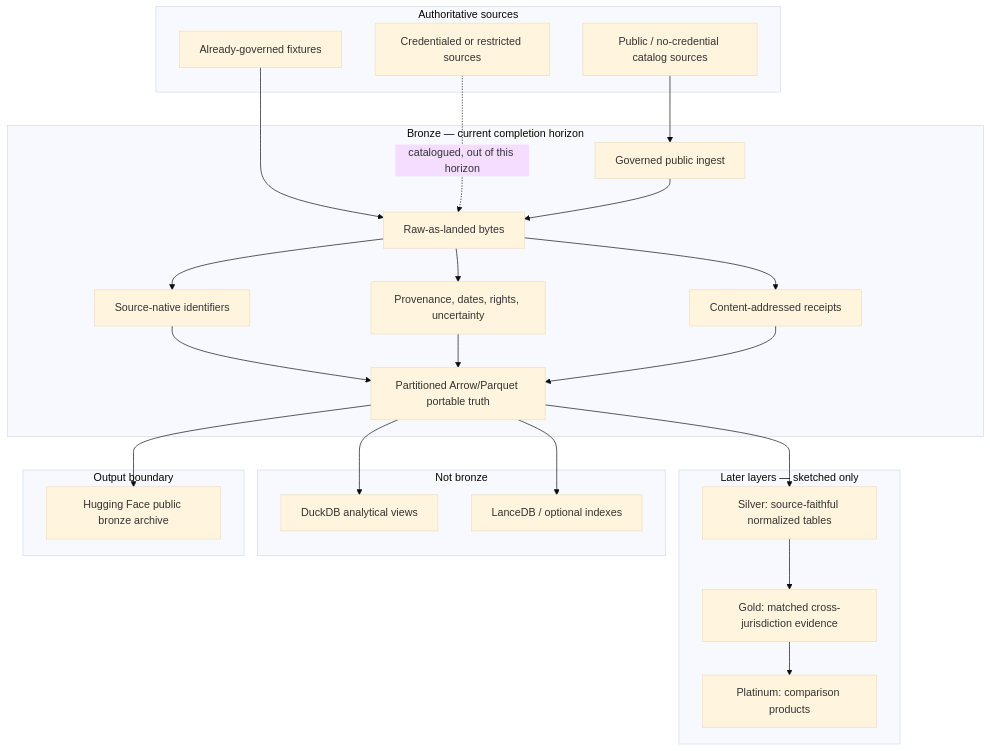
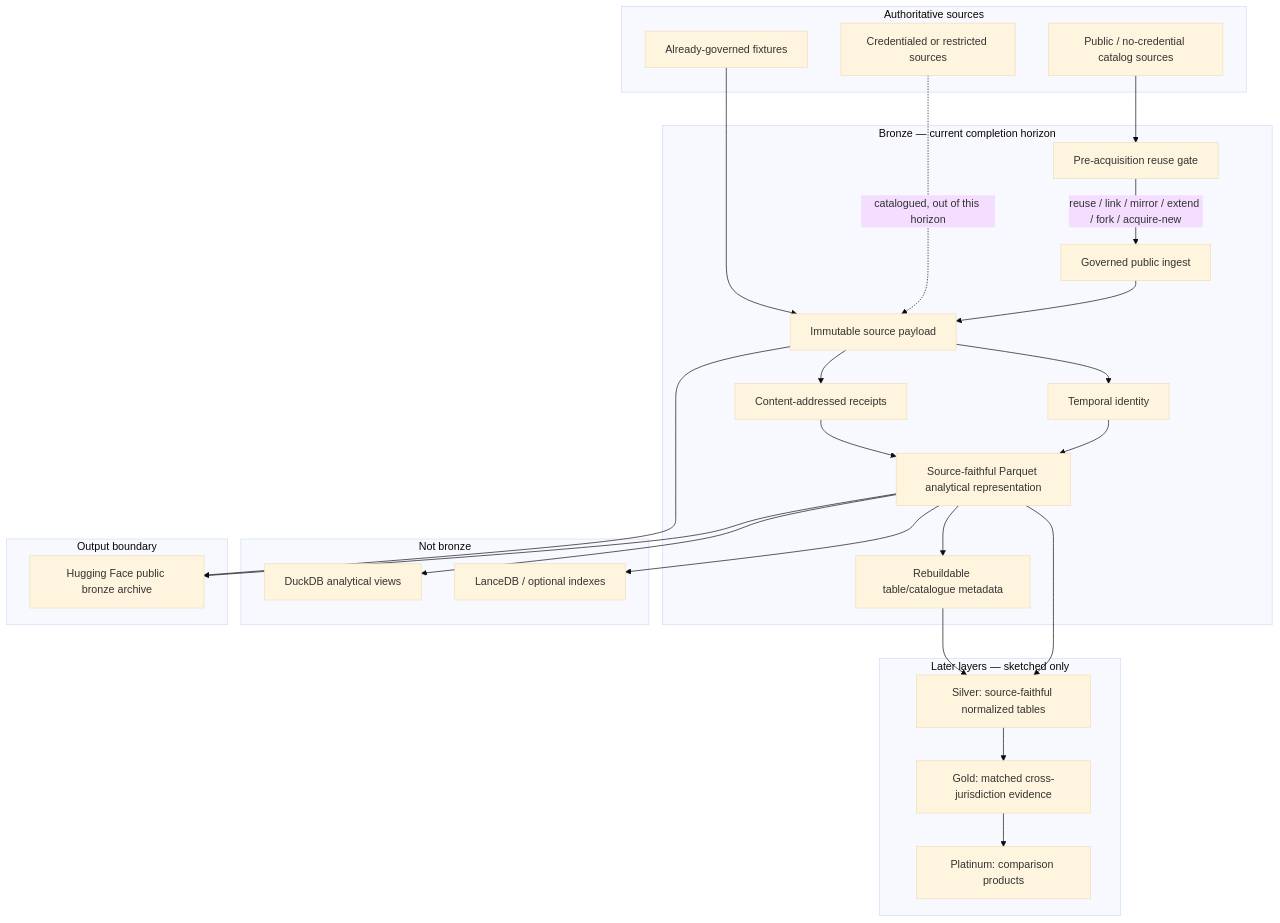
Before and after one commit to edithatogo/global-medicines-atlas: diagram 15 of 17 in conductor/design.md, drawn with Mermaid (base theme). The commit also changed other lines of this file and 34 other files, not shown here.

First line of the commit message:
feat: land bronze payload truth, reuse gate, and temporal identity (#167)

````diff
--- a/conductor/design.md
+++ b/conductor/design.md
@@ -436,49 +436,52 @@
 ```mermaid
 flowchart TB
     subgraph Sources["Authoritative sources"]
         PUB["Public / no-credential catalog sources"]
         FIX["Already-governed fixtures"]
         REST["Credentialed or restricted sources"]
     end
 
     subgraph Bronze["Bronze — current completion horizon"]
+        GATE["Pre-acquisition reuse gate"]
         INGEST["Governed public ingest"]
-        RAW["Raw-as-landed bytes"]
-        IDS["Source-native identifiers"]
-        PROV["Provenance, dates, rights, uncertainty"]
+        PAYLOAD["Immutable source payload"]
         RECEIPT["Content-addressed receipts"]
-        PARQUET["Partitioned Arrow/Parquet portable truth"]
+        TIME["Temporal identity"]
+        PARQUET["Source-faithful Parquet analytical representation"]
+        CATALOGUE["Rebuildable table/catalogue metadata"]
     end
 
     subgraph Later["Later layers — sketched only"]
         SILVER["Silver: source-faithful normalized tables"]
         GOLD["Gold: matched cross-jurisdiction evidence"]
         PLATINUM["Platinum: comparison products"]
     end
 
     subgraph Derivatives["Not bronze"]
         DUCK["DuckDB analytical views"]
         LANCE["LanceDB / optional indexes"]
     end
 
     subgraph Archive["Output boundary"]
         HF["Hugging Face public bronze archive"]
     end
 
-    PUB --> INGEST
-    FIX --> RAW
-    REST -.->|"catalogued, out of this horizon"| RAW
-    INGEST --> RAW
-    RAW --> IDS
-    RAW --> PROV
-    RAW --> RECEIPT
-    IDS --> PARQUET
-    PROV --> PARQUET
+    PUB --> GATE
+    GATE -->|"reuse / link / mirror / extend / fork / acquire-new"| INGEST
+    FIX --> PAYLOAD
+    REST -.->|"catalogued, out of this horizon"| PAYLOAD
+    INGEST --> PAYLOAD
+    PAYLOAD --> RECEIPT
+    PAYLOAD --> TIME
     RECEIPT --> PARQUET
+    TIME --> PARQUET
+    PARQUET --> CATALOGUE
+    CATALOGUE --> SILVER
     PARQUET --> SILVER
     SILVER --> GOLD
     GOLD --> PLATINUM
     PARQUET --> DUCK
     PARQUET --> LANCE
+    PAYLOAD --> HF
     PARQUET --> HF
 ```
````
